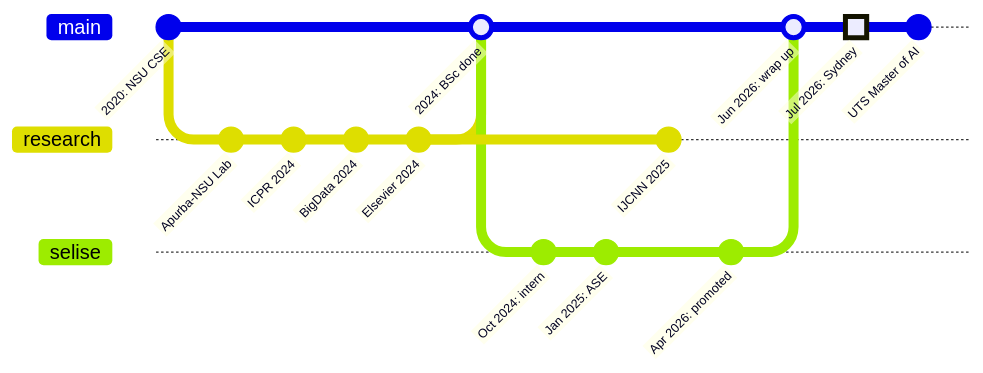
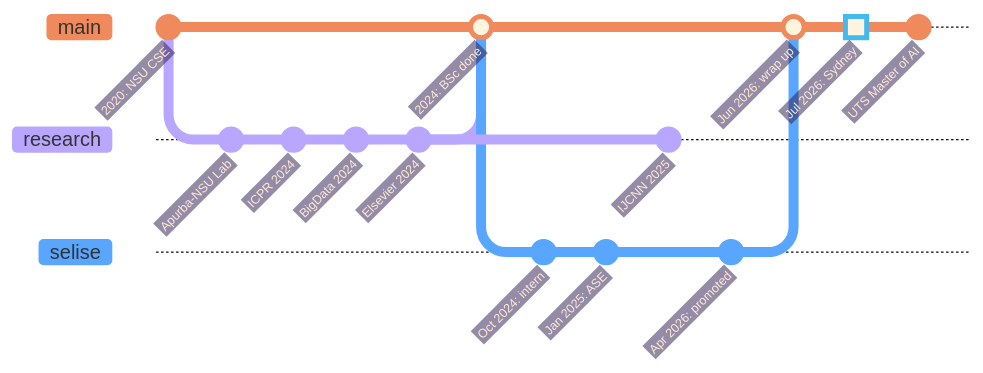
Before and after one commit to sultanrafeed/sultanrafeed: the diagram in README.md, drawn with Mermaid. The commit also changed other lines of this file, not shown here.

````diff
--- a/README.md
+++ b/README.md
@@ -97,24 +150,25 @@
 ```mermaid
+%%{init: {'theme':'base','themeVariables':{'git0':'#f08a5d','git1':'#b9a7ff','git2':'#58a6ff','commitLabelColor':'#ffe9d6','commitLabelBackground':'#2b1b4f'}}}%%
 gitGraph
   commit id: "2020: NSU CSE"
   branch research
   checkout research
   commit id: "Apurba-NSU Lab"
   commit id: "ICPR 2024"
   commit id: "BigData 2024"
   commit id: "Elsevier 2024"
   checkout main
   merge research id: "2024: BSc done"
   branch selise
   checkout selise
   commit id: "Oct 2024: intern"
   commit id: "Jan 2025: ASE"
   checkout research
   commit id: "IJCNN 2025"
   checkout selise
   commit id: "Apr 2026: promoted"
   checkout main
   merge selise id: "Jun 2026: wrap up"
   commit id: "Jul 2026: Sydney" type: HIGHLIGHT
   commit id: "UTS Master of AI"
 ```
````
